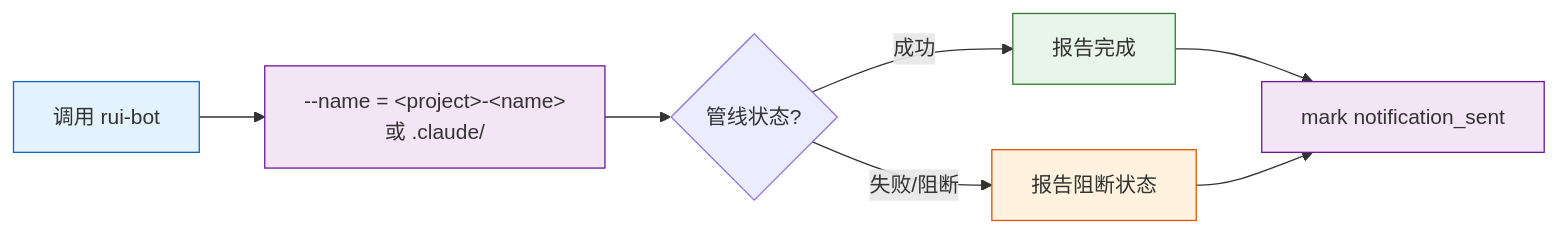
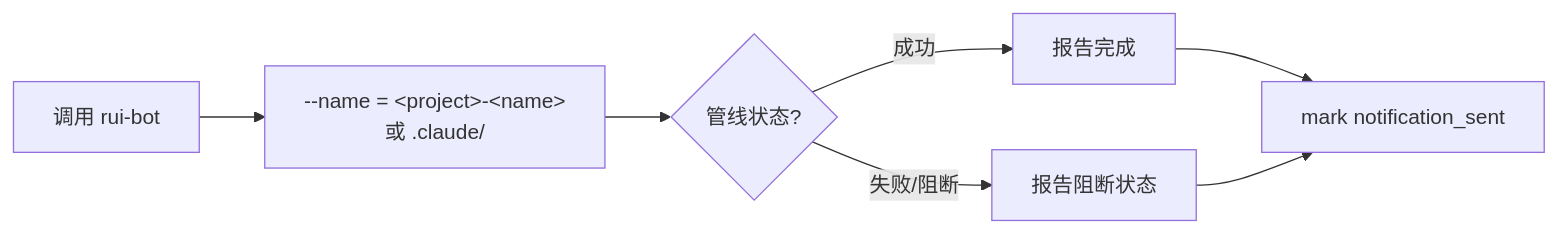
One commit to effiy/YrY changed the fifth of 10 diagrams in rules/delivery-gate.md. Above: the diagram before and after it, drawn with Mermaid. The commit also changed other lines of this file and 61 other files, not shown here.

````diff
--- a/rules/delivery-gate.md
+++ b/rules/delivery-gate.md
@@ -144,14 +129,9 @@
 ```mermaid
 flowchart LR
     CALL["调用 rui-bot"]:::step --> NAME["--name = &lt;project&gt;-&lt;name&gt;<br/>或 .claude/"]:::param
     NAME --> CH{"管线状态?"}
     CH -->|"成功"| OK["报告完成"]:::ok
     CH -->|"失败/阻断"| FAIL["报告阻断状态"]:::warn
     OK & FAIL --> MARK["mark notification_sent"]:::mark
 
-    classDef step fill:#e3f2fd,stroke:#1565c0;
-    classDef param fill:#f3e5f5,stroke:#6a1b9a;
-    classDef ok fill:#e8f5e9,stroke:#2e7d32;
-    classDef warn fill:#fff3e0,stroke:#e65100;
-    classDef mark fill:#f3e5f5,stroke:#6a1b9a;
 ```
````
